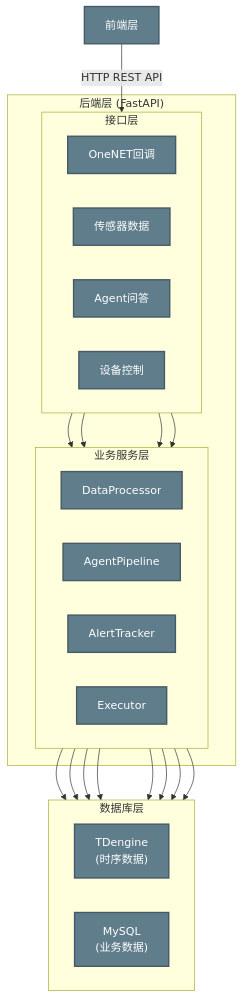
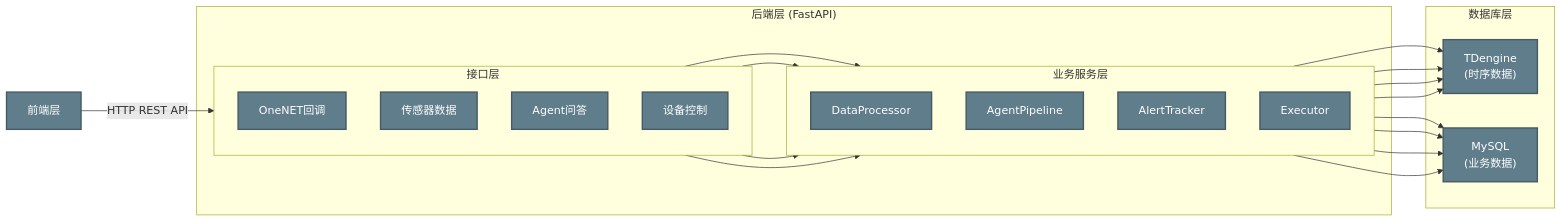
One commit to Edgar-0919/Fishery-Backend changed the first of 2 diagrams in README.md. Above: the diagram before and after it, drawn with Mermaid. The commit also changed other lines of this file, not shown here.

Commit message:
V1.3更新内容 更新README文档

````diff
--- a/README.md
+++ b/README.md
@@ -7,46 +7,48 @@
 ```mermaid
-flowchart TB
-    classDef layer fill:#37474F,stroke:#263238,stroke-width:2px
+flowchart LR
     classDef node fill:#607D8B,stroke:#455A64,stroke-width:2px,color:#FFFFFF
-    classDef highlight fill:#42A5F5,stroke:#1E88E5,stroke-width:2px,color:#FFFFFF
+    classDef subgraphStyle fill:#ECEFF1,stroke:#90A4AE,stroke-width:2px
 
-    Frontend["前端层"] -->|"HTTP REST API"| API
+    Frontend["前端层"]
 
     subgraph Backend["后端层 (FastAPI)"]
+        style Backend subgraphStyle
         subgraph API["接口层"]
-            direction LR
+            direction TB
             C["OneNET回调"]
             D["传感器数据"]
             E["Agent问答"]
             F["设备控制"]
         end
         subgraph Service["业务服务层"]
-            direction LR
+            direction TB
             G["DataProcessor"]
             H["AgentPipeline"]
             I["AlertTracker"]
             J["Executor"]
         end
     end
 
     subgraph Database["数据库层"]
-        direction LR
+        style Database subgraphStyle
         K["TDengine<br/>(时序数据)"]
         L["MySQL<br/>(业务数据)"]
     end
+
+    Frontend -->|"HTTP REST API"| API
 
     C --> G
     D --> G
     E --> H
     F --> J
     G --> K
     G --> L
     H --> K
     H --> L
     I --> K
     I --> L
     J --> K
     J --> L
 
-    class Frontend,B,A,D,E,F,G,H,I,J,K,L,M,N,O,P node
+    class Frontend,C,D,E,F,G,H,I,J,K,L node
 ```
````
